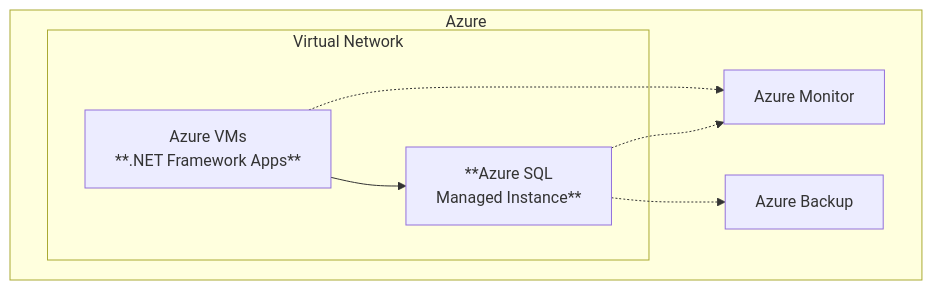
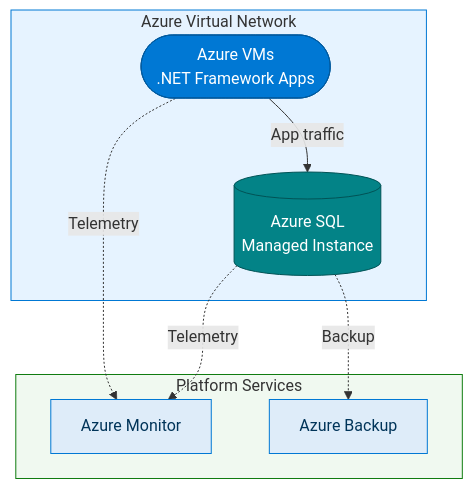
One commit to jonathan-vella/build-test changed the diagram in site/src/content/docs/horizons/h1-lift-shift.md. Above: the diagram before and after it, drawn with Mermaid. The commit also changed 11 other files, not shown here.

````diff
--- a/site/src/content/docs/horizons/h1-lift-shift.md
+++ b/site/src/content/docs/horizons/h1-lift-shift.md
@@ -28,15 +28,20 @@
 ```mermaid
 graph TB
-  subgraph "Azure"
-    subgraph "Virtual Network"
-      AVM["Azure VMs<br/>**.NET Framework Apps**"]
-      SQLMI["**Azure SQL<br/>Managed Instance**"]
-    end
-    MON["Azure Monitor"]
-    BAK["Azure Backup"]
+  classDef azure fill:#0078d4,stroke:#005a9e,color:#fff
+  classDef db    fill:#038387,stroke:#025356,color:#fff
+  classDef ops   fill:#deecf9,stroke:#0078d4,color:#003459
+  subgraph vnet["Azure Virtual Network"]
+    AVM(["Azure VMs<br/>.NET Framework Apps"]):::azure
+    SQLMI[("Azure SQL<br/>Managed Instance")]:::db
   end
-  AVM --> SQLMI
-  AVM -.-> MON
-  SQLMI -.-> MON
-  SQLMI -.-> BAK
+  subgraph plat["Platform Services"]
+    MON["Azure Monitor"]:::ops
+    BAK["Azure Backup"]:::ops
+  end
+  AVM -->|"App traffic"| SQLMI
+  AVM -.->|"Telemetry"| MON
+  SQLMI -.->|"Telemetry"| MON
+  SQLMI -.->|"Backup"| BAK
+  style vnet fill:#e6f3ff,stroke:#0078d4
+  style plat fill:#f0f9f0,stroke:#107c10
 ```
````
